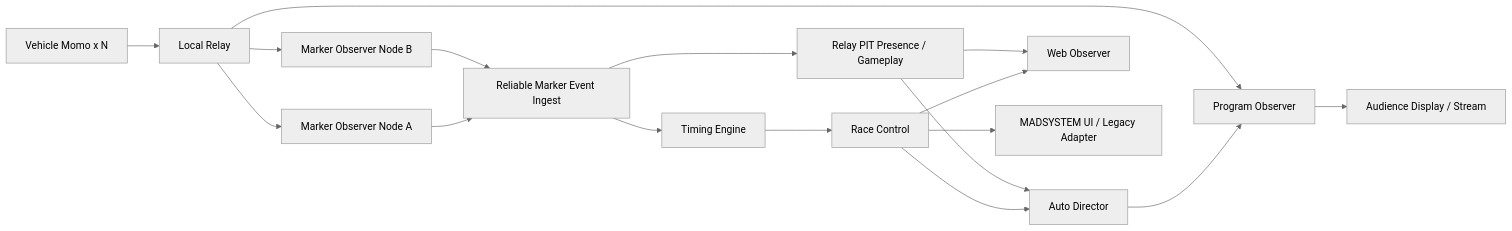
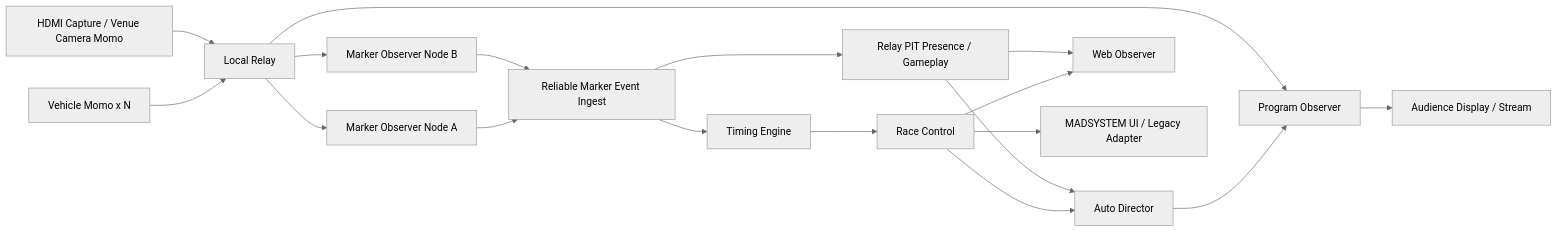
One commit to fumimatsu/momo changed the first of 2 diagrams in doc/SCALABLE_MARKER_AND_PROGRAM_OBSERVER_DESIGN.md. Above: the diagram before and after it, drawn with Mermaid (neutral theme). The commit also changed other lines of this file and 23 other files, not shown here.

````diff
--- a/doc/SCALABLE_MARKER_AND_PROGRAM_OBSERVER_DESIGN.md
+++ b/doc/SCALABLE_MARKER_AND_PROGRAM_OBSERVER_DESIGN.md
@@ -174,19 +176,20 @@
 ```mermaid
 flowchart LR
   Cars["Vehicle Momo x N"] --> Relay["Local Relay"]
+  Venue["HDMI Capture / Venue Camera Momo"] --> Relay
   Relay --> MarkerA["Marker Observer Node A"]
   Relay --> MarkerB["Marker Observer Node B"]
   MarkerA --> Events["Reliable Marker Event Ingest"]
   MarkerB --> Events
   Events --> Timing["Timing Engine"]
   Timing --> Race["Race Control"]
   Events --> Pit["Relay PIT Presence / Gameplay"]
   Race --> Director["Auto Director"]
   Pit --> Director
   Director --> Program["Program Observer"]
   Relay --> Program
   Race --> Web["Web Observer"]
   Pit --> Web
   Program --> Audience["Audience Display / Stream"]
   Race --> Mads["MADSYSTEM UI / Legacy Adapter"]
 ```
````
